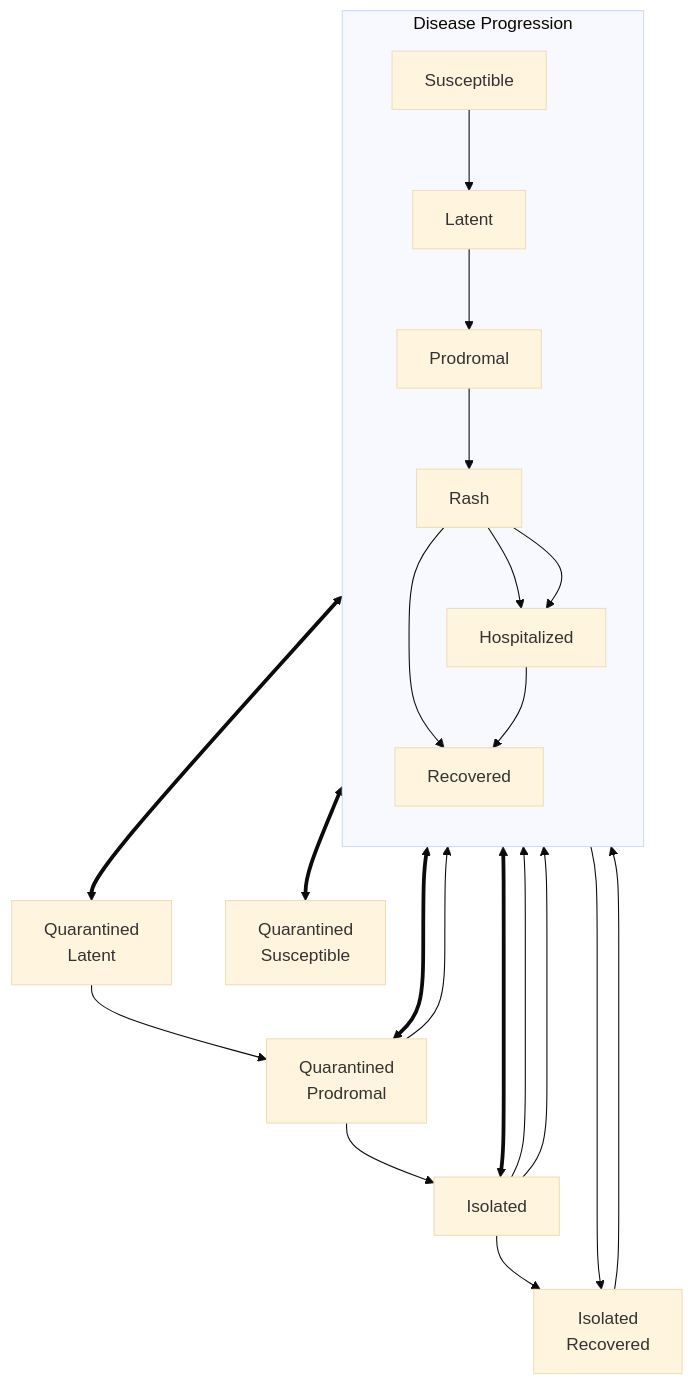
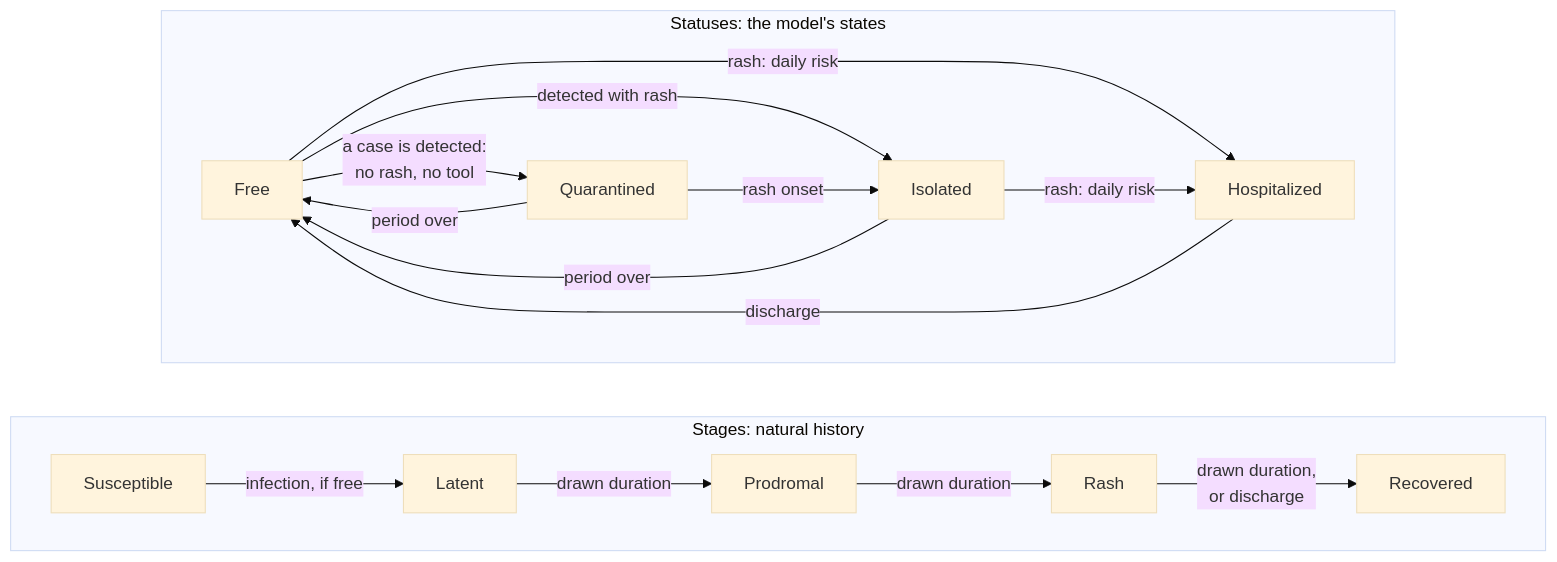
Before and after one commit to UofUEpiBio/epiworld: the diagram in include/measles/measlesschool.mmd, drawn with Mermaid (base theme). The commit also changed 15 other files, not shown here.

```diff
--- a/include/measles/measlesschool.mmd
+++ b/include/measles/measlesschool.mmd
@@ -1,48 +1,27 @@
-flowchart TB
+flowchart LR
 
-    %% Disease progression states
-    subgraph Main[Disease Progression]
-        direction TB
-        S[Susceptible]
-        E[Latent]
-        P[Prodromal]
-        Ra[Rash]
-        Re[Recovered]
-        H[Hospitalized]
+    %% The natural history: what the disease does (every agent has a stage)
+    subgraph Stages[Stages: natural history]
+        direction LR
+        S[Susceptible] -->|infection, if free| L[Latent]
+        L -->|drawn duration| P[Prodromal]
+        P -->|drawn duration| Ra[Rash]
+        Ra -->|drawn duration,<br>or discharge| Re[Recovered]
     end
 
-    S --> E
-    E --> P
-    P --> Ra
-    Ra --> Re
-    
-    Ra --> H
-    H --> Re
-
-    %% Quarantine states
-    Qe[Quarantined<br>Latent]
-    Qs[Quarantined<br>Susceptible]
-    Qp[Quarantined<br>Prodromal]
-    I[Isolated]
-    Ir[Isolated<br>Recovered]
-
-    %% Isolation process
-    Ra <==> I
-    Ra --> Ir
-    Ra --> H
-
-    I --> Re
-    I --> H
-
-    I --> Ir
-    Ir --> Re
-
-    %% Quarantine process
-    S <==> Qs
-    E <==> Qe
-
-    Qe --> Qp
-    Qp --> I
-    Qp --> Ra
-
-    P <==> Qp
+    %% The statuses: where the agent is (who it meets)
+    subgraph Statuses[Statuses: the model's states]
+        direction LR
+        F[Free]
+        Q[Quarantined]
+        I[Isolated]
+        H[Hospitalized]
+        F -->|a case is detected:<br>no rash, no tool| Q
+        Q -->|period over| F
+        F -->|detected with rash| I
+        Q -->|rash onset| I
+        I -->|period over| F
+        F -->|rash: daily risk| H
+        I -->|rash: daily risk| H
+        H -->|discharge| F
+    end
```
